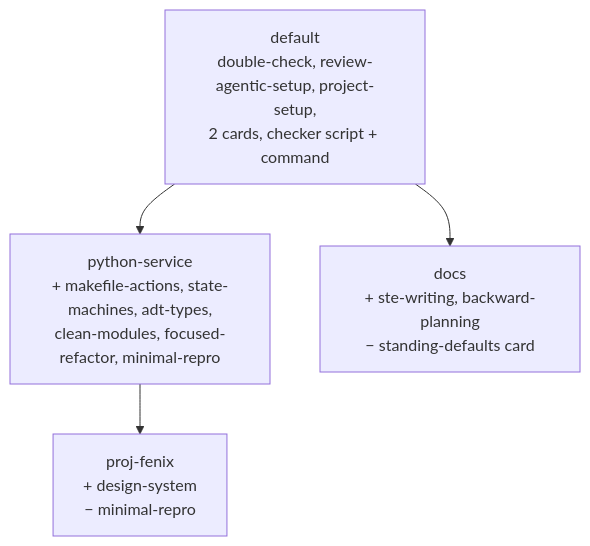
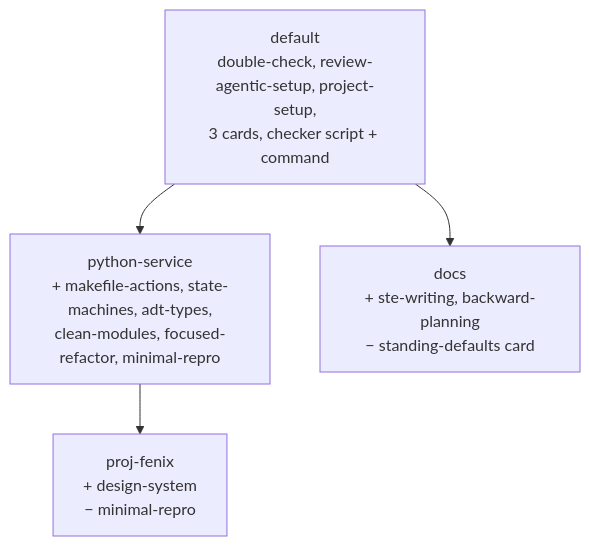
One commit to epatel/ast-repo changed the diagram in README.md. Above: the diagram before and after it, drawn with Mermaid. The commit also changed other lines of this file and 2 other files, not shown here.

Commit message:
Add code-health card to the default set
Copy the aihealth code-health card from ai.memention.net (epatel/vps-ai)
into cards/, list it in the default set, and document it in the README.

````diff
--- a/README.md
+++ b/README.md
@@ -25,10 +26,10 @@
 ```mermaid
 flowchart TD
-    default["default<br>double-check, review-agentic-setup, project-setup,<br>2 cards, checker script + command"]
+    default["default<br>double-check, review-agentic-setup, project-setup,<br>3 cards, checker script + command"]
     python["python-service<br>+ makefile-actions, state-machines, adt-types,<br>clean-modules, focused-refactor, minimal-repro"]
     docs["docs<br>+ ste-writing, backward-planning<br>− standing-defaults card"]
     fenix["proj-fenix<br>+ design-system<br>− minimal-repro"]
     default --> python
     default --> docs
     python --> fenix
 ```
````
